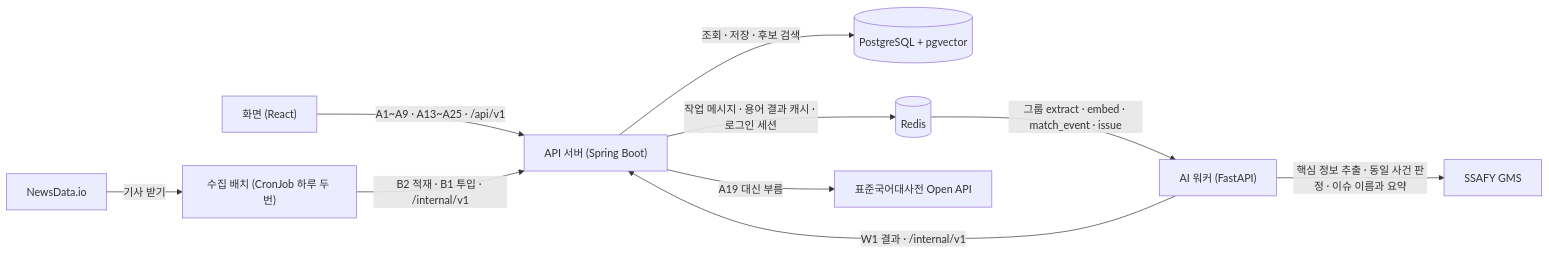
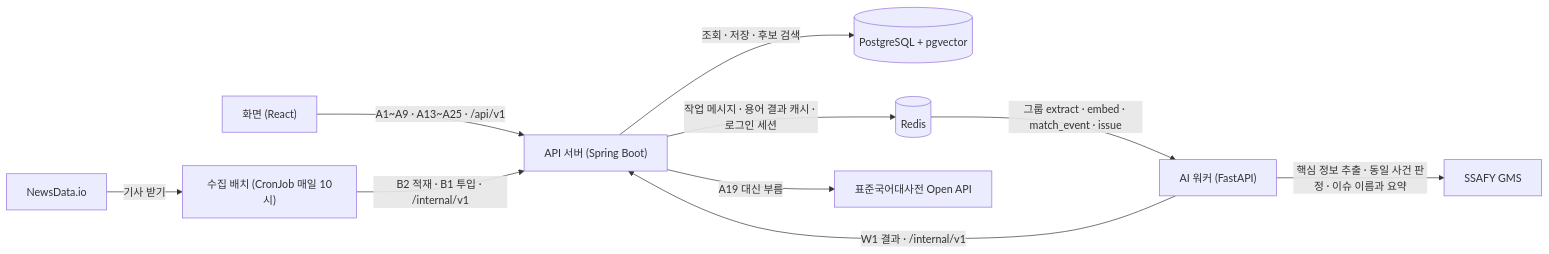
The first of 5 diagrams in docs/api.md (a102-NEWLEARN/NEW-LEARN), drawn with Mermaid before and after one commit. The commit also changed other lines of this file and 8 other files, not shown here.

````diff
--- a/docs/api.md
+++ b/docs/api.md
@@ -23,12 +23,12 @@
 ```mermaid
 flowchart LR
   FE["화면 (React)"] -- "A1~A9 · A13~A25 · /api/v1" --> API["API 서버 (Spring Boot)"]
-  N["NewsData.io"] -- "기사 받기" --> B["수집 배치 (CronJob 하루 두 번)"]
+  N["NewsData.io"] -- "기사 받기" --> B["수집 배치 (CronJob 매일 10시)"]
   B -- "B2 적재 · B1 투입 · /internal/v1" --> API
   API -- "조회 · 저장 · 후보 검색" --> DB[("PostgreSQL + pgvector")]
   API -- "작업 메시지 · 용어 결과 캐시 · 로그인 세션" --> R[("Redis")]
   R -- "그룹 extract · embed · match_event · issue" --> W["AI 워커 (FastAPI)"]
   W -- "W1 결과 · /internal/v1" --> API
   W -- "핵심 정보 추출 · 동일 사건 판정 · 이슈 이름과 요약" --> G["SSAFY GMS"]
   API -- "A19 대신 부름" --> D["표준국어대사전 Open API"]
 ```
````
